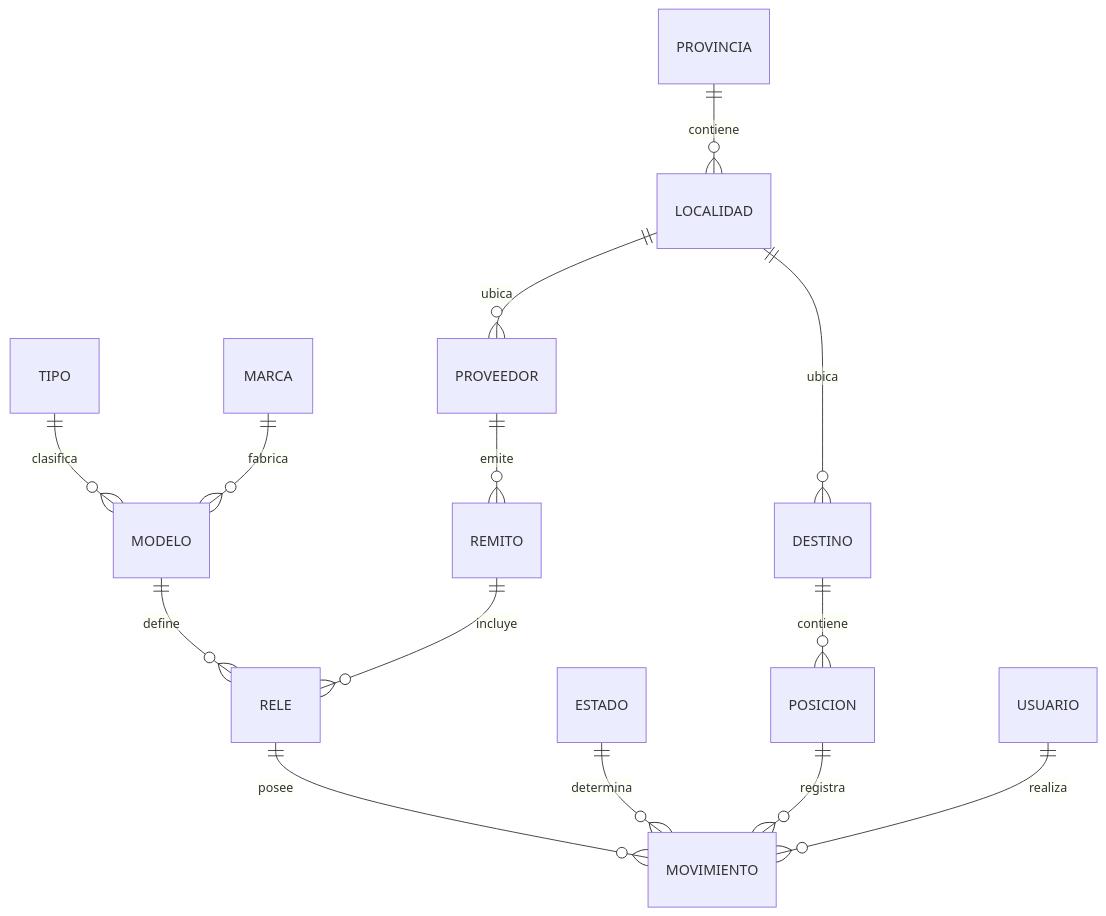
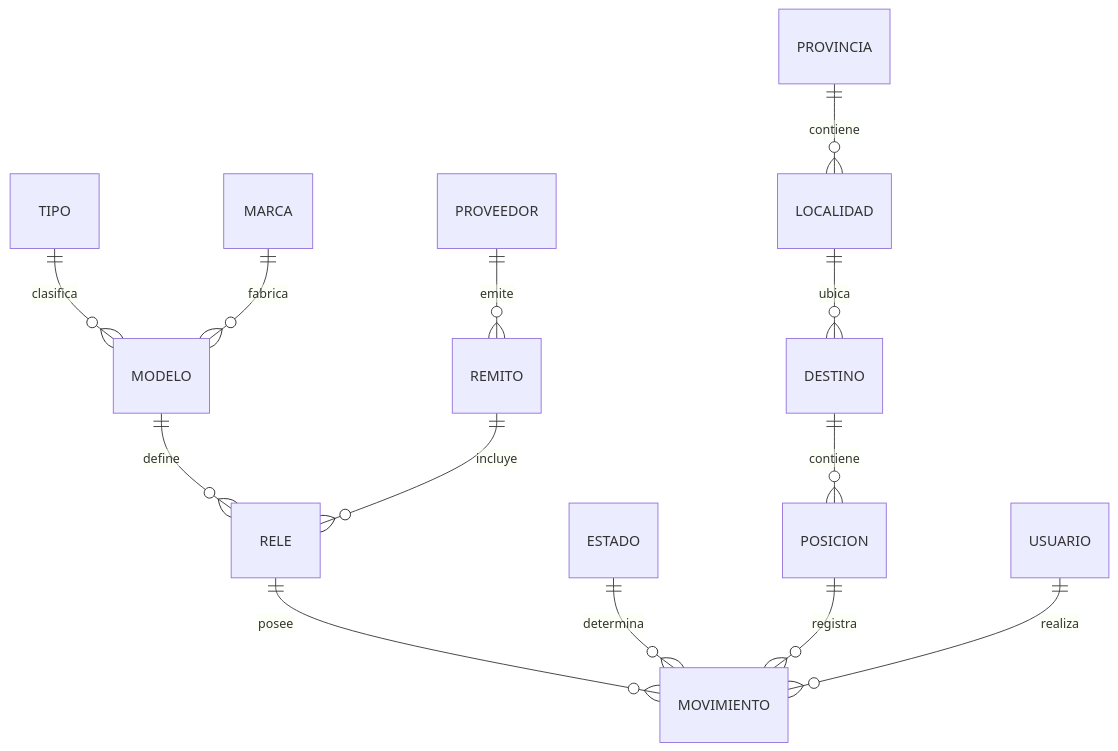
Before and after one commit to Nahuellunacab/protecciones-trazabilidad: the fifth of 5 diagrams in README.md, drawn with Mermaid. The commit also changed other lines of this file, not shown here.

````diff
--- a/README.md
+++ b/README.md
@@ -271,28 +271,26 @@
 ```mermaid
 erDiagram
 
     TIPO ||--o{ MODELO : clasifica
     MARCA ||--o{ MODELO : fabrica
 
     MODELO ||--o{ RELE : define
 
     RELE ||--o{ MOVIMIENTO : posee
 
     ESTADO ||--o{ MOVIMIENTO : determina
 
     POSICION ||--o{ MOVIMIENTO : registra
 
-    USUARIO ||--o{ MOVIMIENTO : realiza
-
-    PROVINCIA ||--o{ LOCALIDAD : contiene
+    DESTINO ||--o{ POSICION : contiene
 
     LOCALIDAD ||--o{ DESTINO : ubica
 
-    DESTINO ||--o{ POSICION : contiene
-
-    LOCALIDAD ||--o{ PROVEEDOR : ubica
+    PROVINCIA ||--o{ LOCALIDAD : contiene
 
     PROVEEDOR ||--o{ REMITO : emite
 
     REMITO ||--o{ RELE : incluye
+
+    USUARIO ||--o{ MOVIMIENTO : realiza
 ```
````
